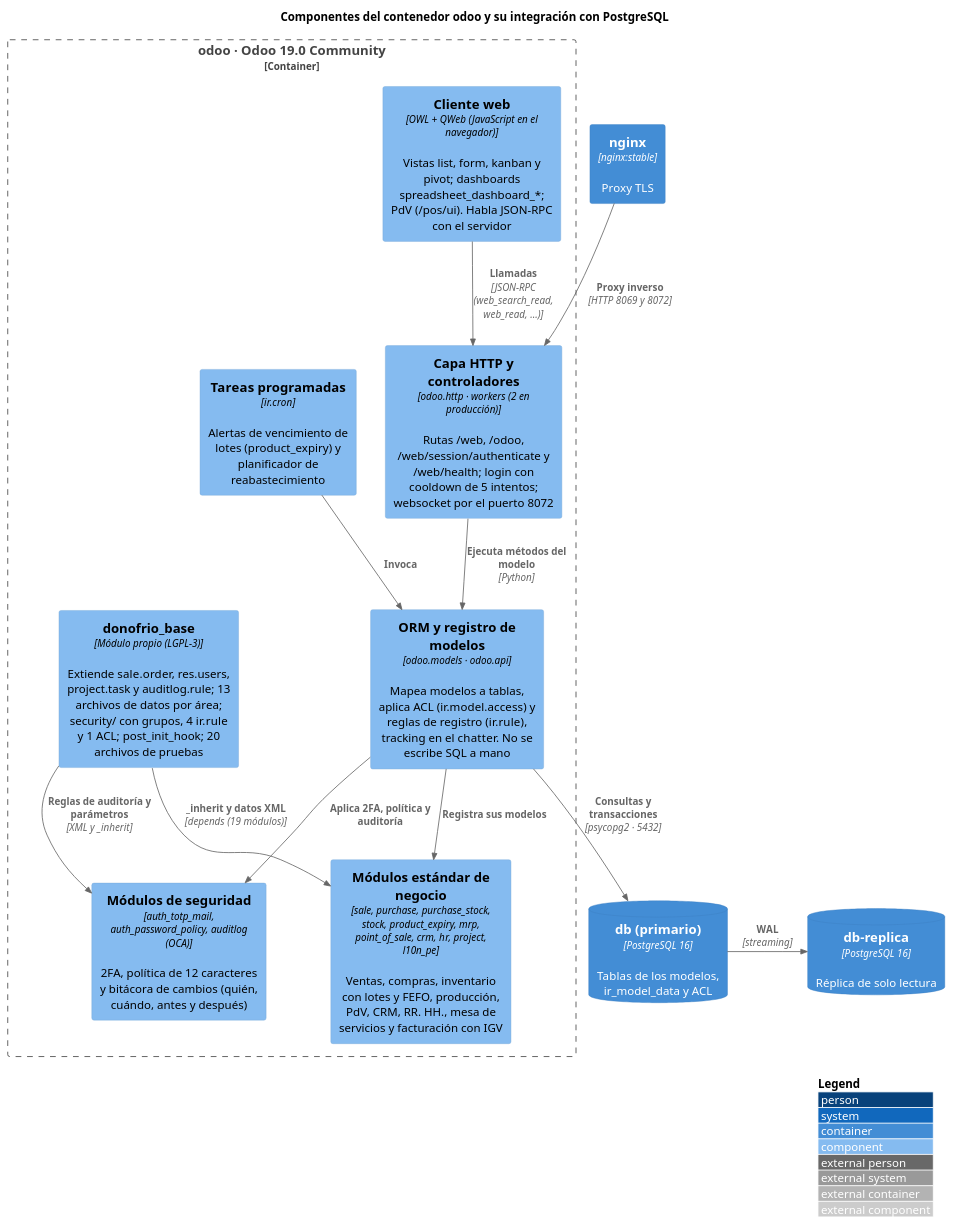
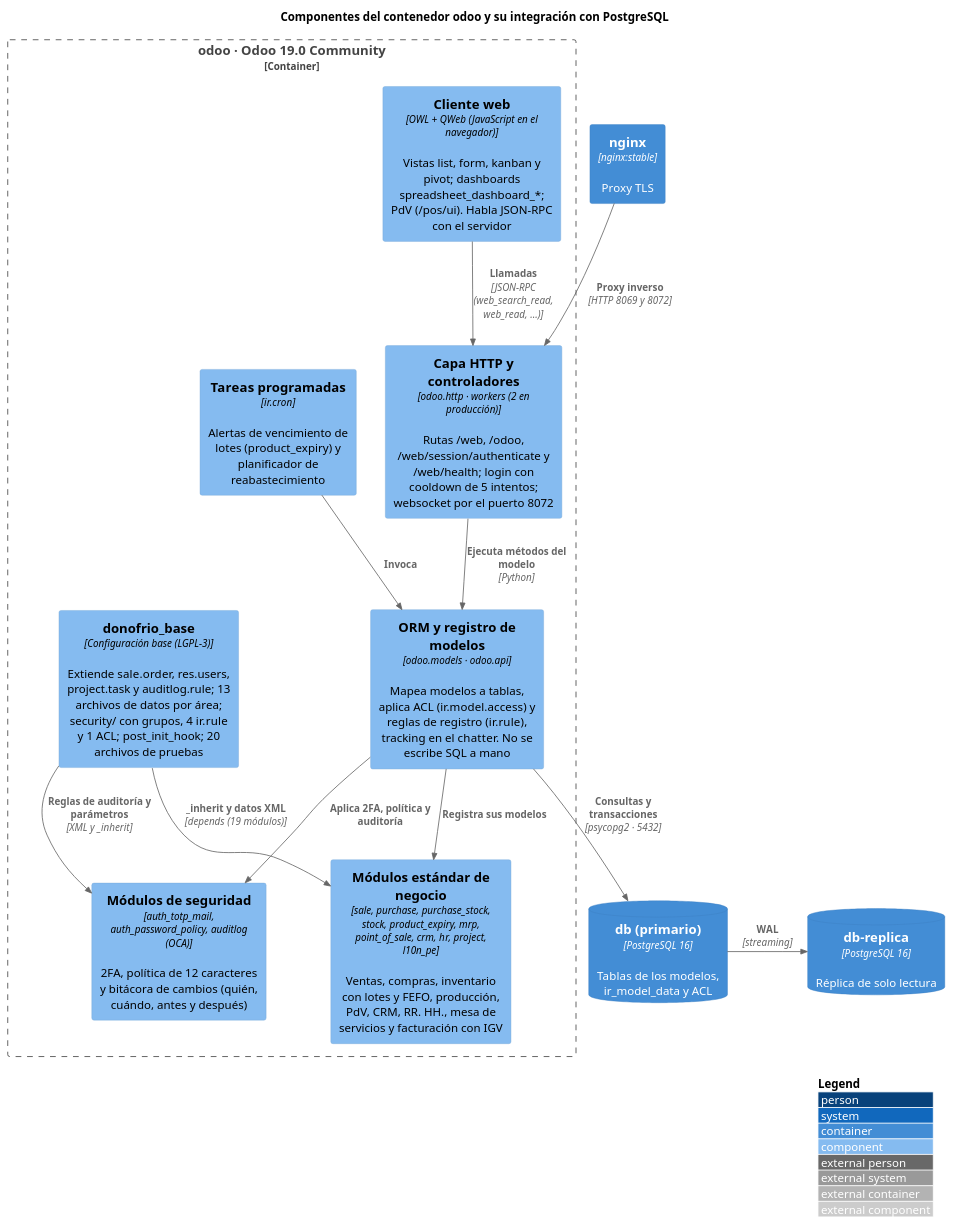
Before and after one commit to orlando572/erp-donofrio: the diagram in docs/diagramas/c4/c4_componentes.puml, drawn with PlantUML. The commit also changed 47 other files, not shown here.

First line of the commit message:
docs(diagramas): quita la etiqueta «módulo propio» de pantallas, BPMN, casos de uso, C4 y dependencias [S4]

```diff
--- a/docs/diagramas/c4/c4_componentes.puml
+++ b/docs/diagramas/c4/c4_componentes.puml
@@ -1,31 +1,31 @@
 @startuml c4_componentes
 ' 5.8 Diagrama C4, nivel 3 (componentes del contenedor odoo). Salen de addons/donofrio_base y de sus depends. Regenerar: ver docs/diagramas/README.md
 !include <C4/C4_Component>
 LAYOUT_WITH_LEGEND()
 title Componentes del contenedor odoo y su integración con PostgreSQL
 
 Container(nginx, "nginx", "nginx:stable", "Proxy TLS")
 ContainerDb(db, "db (primario)", "PostgreSQL 16", "Tablas de los modelos, ir_model_data y ACL")
 ContainerDb(replica, "db-replica", "PostgreSQL 16", "Réplica de solo lectura")
 
 Container_Boundary(odoo, "odoo · Odoo 19.0 Community") {
     Component(cliente, "Cliente web", "OWL + QWeb (JavaScript en el navegador)", "Vistas list, form, kanban y pivot; dashboards spreadsheet_dashboard_*; PdV (/pos/ui). Habla JSON-RPC con el servidor")
     Component(http, "Capa HTTP y controladores", "odoo.http · workers (2 en producción)", "Rutas /web, /odoo, /web/session/authenticate y /web/health; login con cooldown de 5 intentos; websocket por el puerto 8072")
     Component(orm, "ORM y registro de modelos", "odoo.models · odoo.api", "Mapea modelos a tablas, aplica ACL (ir.model.access) y reglas de registro (ir.rule), tracking en el chatter. No se escribe SQL a mano")
     Component(estandar, "Módulos estándar de negocio", "sale, purchase, purchase_stock, stock, product_expiry, mrp, point_of_sale, crm, hr, project, l10n_pe", "Ventas, compras, inventario con lotes y FEFO, producción, PdV, CRM, RR. HH., mesa de servicios y facturación con IGV")
     Component(seg, "Módulos de seguridad", "auth_totp_mail, auth_password_policy, auditlog (OCA)", "2FA, política de 12 caracteres y bitácora de cambios (quién, cuándo, antes y después)")
-    Component(base, "donofrio_base", "Módulo propio (LGPL-3)", "Extiende sale.order, res.users, project.task y auditlog.rule; 13 archivos de datos por área; security/ con grupos, 4 ir.rule y 1 ACL; post_init_hook; 20 archivos de pruebas")
+    Component(base, "donofrio_base", "Configuración base (LGPL-3)", "Extiende sale.order, res.users, project.task y auditlog.rule; 13 archivos de datos por área; security/ con grupos, 4 ir.rule y 1 ACL; post_init_hook; 20 archivos de pruebas")
     Component(cron, "Tareas programadas", "ir.cron", "Alertas de vencimiento de lotes (product_expiry) y planificador de reabastecimiento")
 }
 
 Rel(nginx, http, "Proxy inverso", "HTTP 8069 y 8072")
 Rel(cliente, http, "Llamadas", "JSON-RPC (web_search_read, web_read, ...)")
 Rel(http, orm, "Ejecuta métodos del modelo", "Python")
 Rel(orm, estandar, "Registra sus modelos", "")
 Rel(orm, seg, "Aplica 2FA, política y auditoría", "")
 Rel(base, estandar, "_inherit y datos XML", "depends (19 módulos)")
 Rel(base, seg, "Reglas de auditoría y parámetros", "XML y _inherit")
 Rel(cron, orm, "Invoca", "")
 Rel(orm, db, "Consultas y transacciones", "psycopg2 · 5432")
 Rel_R(db, replica, "WAL", "streaming")
 @enduml
```
